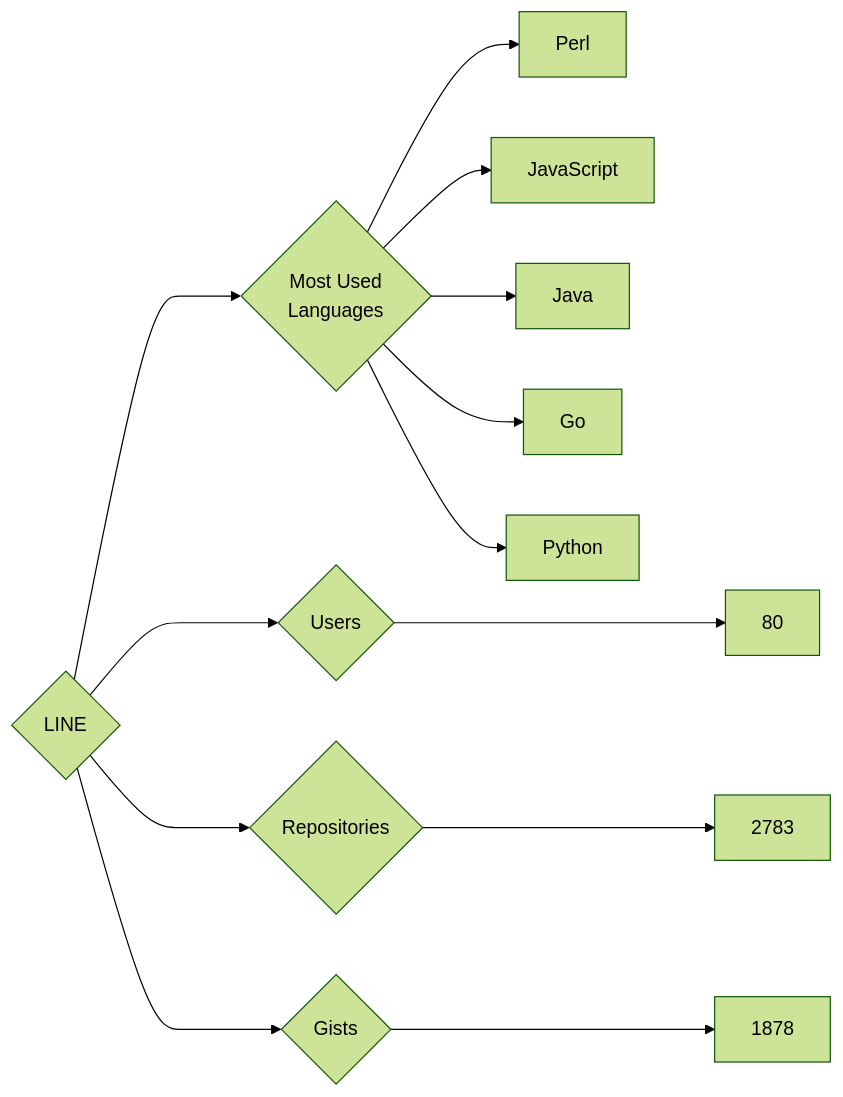
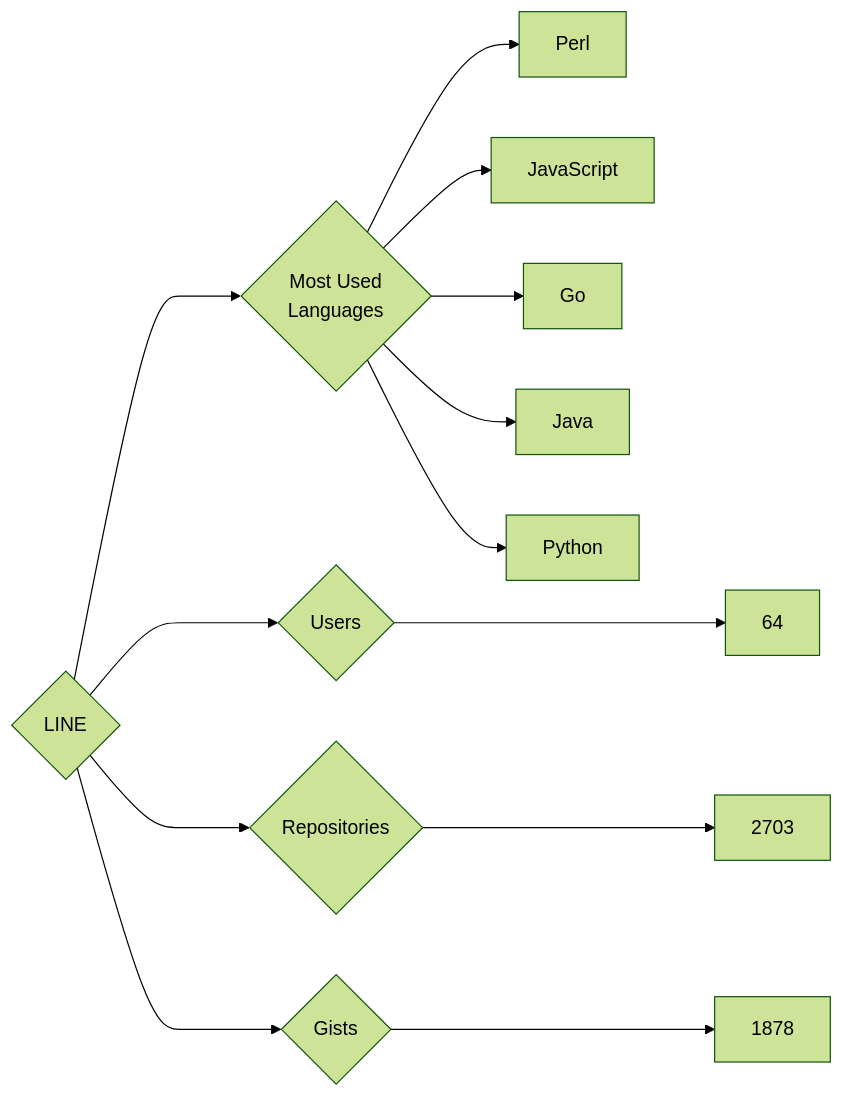
One commit to trickest/insiders changed the diagram in targets/LINE/README.md. Above: the diagram before and after it, drawn with Mermaid (forest theme). The commit also changed 720 other files, not shown here.

````diff
--- a/targets/LINE/README.md
+++ b/targets/LINE/README.md
@@ -3,13 +3,13 @@
 ```mermaid
 graph LR
 COMPANY_NAME{LINE}
-COMPANY_NAME ---> U{Users} ---> UN[80]
-COMPANY_NAME ---> R{Repositories} ---> RN[2783]
+COMPANY_NAME ---> U{Users} ---> UN[64]
+COMPANY_NAME ---> R{Repositories} ---> RN[2703]
 COMPANY_NAME ---> G{Gists} ---> GN[1878]
 COMPANY_NAME ---> ML{Most Used<br>Languages}
 ML --> Perl[Perl]
 ML --> JavaScript[JavaScript]
+ML --> Go[Go]
 ML --> Java[Java]
-ML --> Go[Go]
 ML --> Python[Python]
 ```
````
